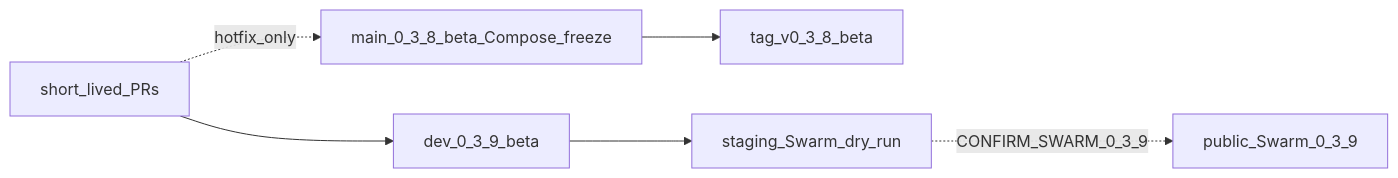
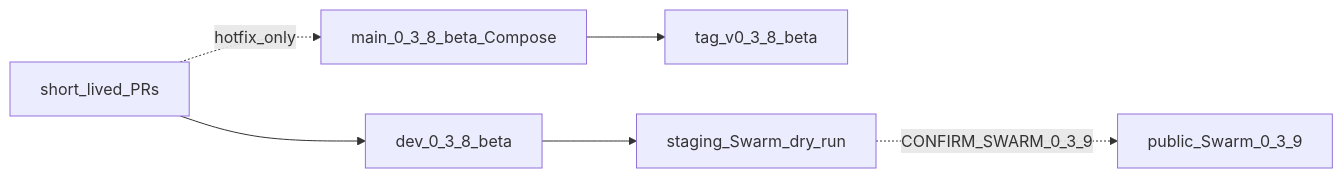
One commit to ConsciousEnergy/lenr_sim_app changed the diagram in LENR_SIM_APP_v2/docs/v0.3.8-beta/VERSION_CONTROL.md. Above: the diagram before and after it, drawn with Mermaid. The commit also changed other lines of this file and 128 other files, not shown here.

First line of the commit message:
Promote 0.3.9-beta: align main with live Swarm cutover train (#275)

````diff
--- a/LENR_SIM_APP_v2/docs/v0.3.8-beta/VERSION_CONTROL.md
+++ b/LENR_SIM_APP_v2/docs/v0.3.8-beta/VERSION_CONTROL.md
@@ -25,14 +21,14 @@
 ```mermaid
 flowchart LR
-  mainLine[main_0_3_8_beta_Compose_freeze]
+  mainLine[main_0_3_8_beta_Compose]
   tag038[tag_v0_3_8_beta]
-  devLine[dev_0_3_9_beta]
+  devLine[dev_0_3_8_beta]
   feat[short_lived_PRs]
   staging[staging_Swarm_dry_run]
   public[public_Swarm_0_3_9]
   mainLine --> tag038
   feat --> devLine
   feat -.->|hotfix_only| mainLine
   devLine --> staging
   staging -.->|CONFIRM_SWARM_0_3_9| public
 ```
````
